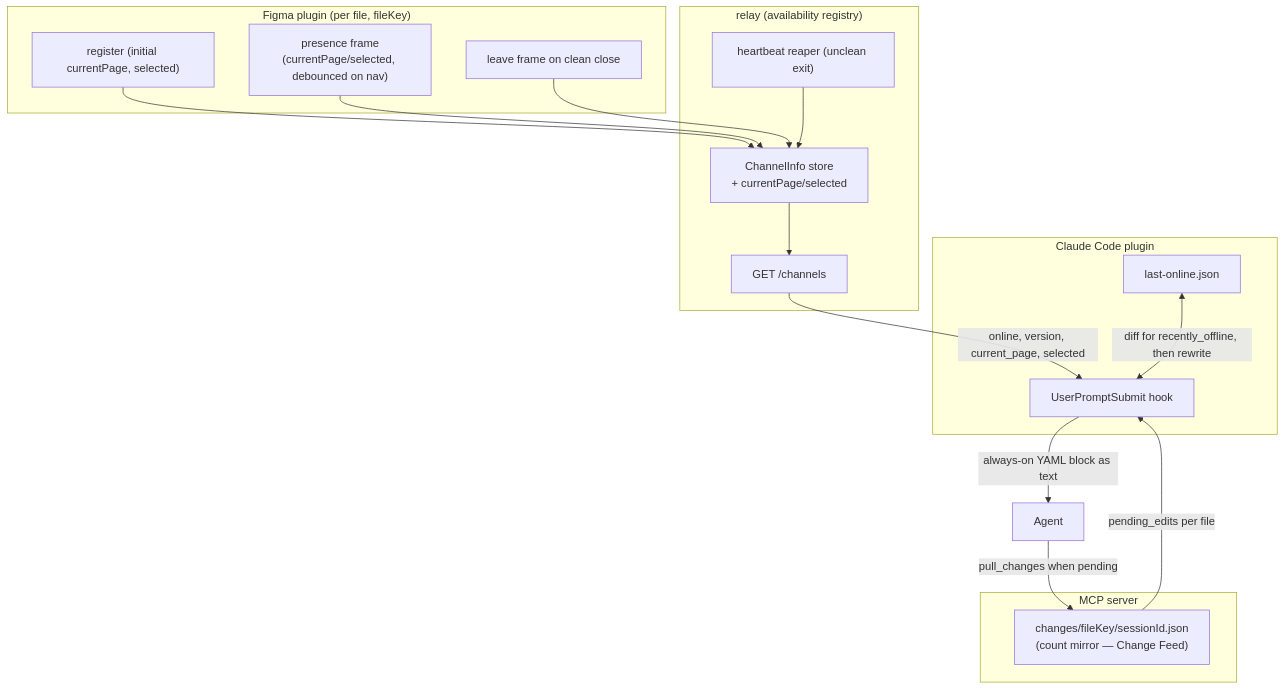
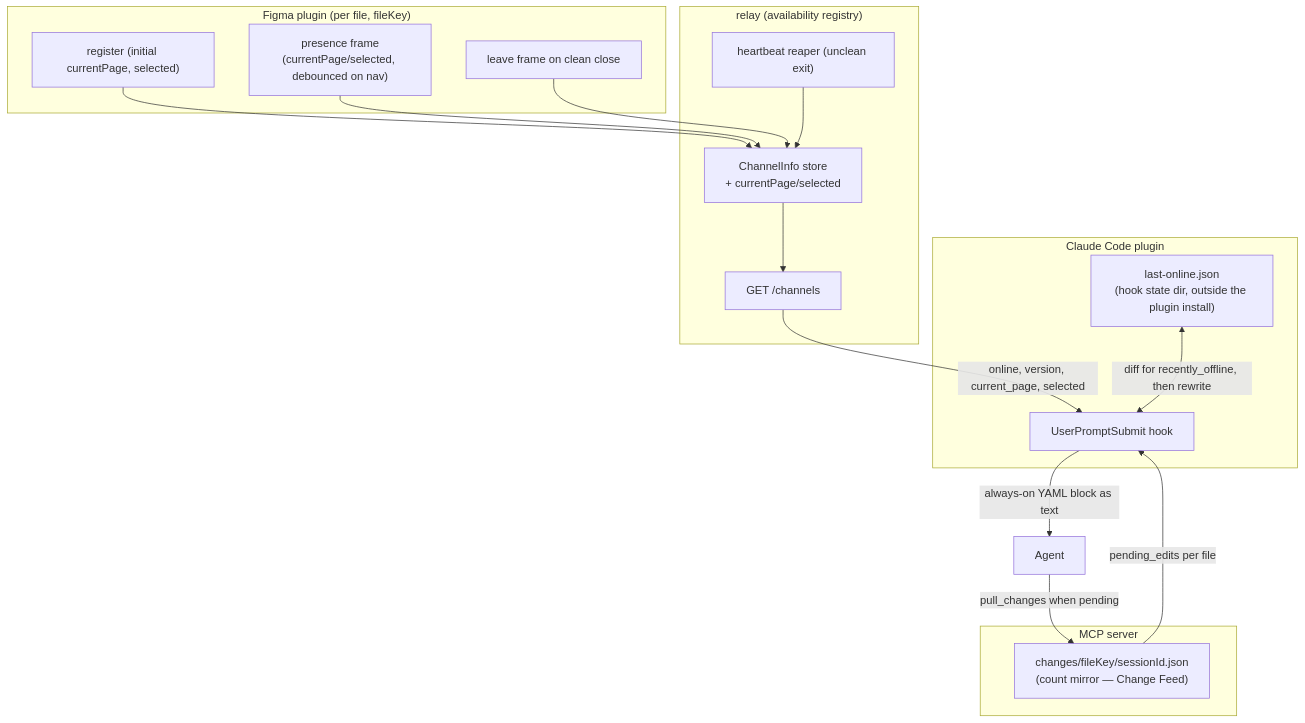
Before and after one commit to yleilu/figma-agent-bridge: the diagram in docs/specs/plugin-presence.md, drawn with Mermaid. The commit also changed other lines of this file and 41 other files, not shown here.

````diff
--- a/docs/specs/plugin-presence.md
+++ b/docs/specs/plugin-presence.md
@@ -252,30 +259,30 @@
 ```mermaid
 flowchart TB
     subgraph Plugin["Figma plugin (per file, fileKey)"]
         RG["register (initial currentPage, selected)"]
         PR["presence frame\n(currentPage/selected, debounced on nav)"]
         LV["leave frame on clean close"]
     end
     subgraph Relay["relay (availability registry)"]
         REG["ChannelInfo store\n+ currentPage/selected"]
         HB["heartbeat reaper (unclean exit)"]
         CH["GET /channels"]
     end
     subgraph Server["MCP server"]
         CF["changes/fileKey/sessionId.json\n(count mirror — Change Feed)"]
     end
     subgraph CC["Claude Code plugin"]
         HK["UserPromptSubmit hook"]
-        LO["last-online.json"]
+        LO["last-online.json\n(hook state dir, outside the plugin install)"]
     end
     RG --> REG
     PR --> REG
     LV --> REG
     HB --> REG
     REG --> CH
     CH -->|online, version, current_page, selected| HK
     CF -->|pending_edits per file| HK
     LO <-->|diff for recently_offline, then rewrite| HK
     HK -->|always-on YAML block as text| Agent
     Agent -->|pull_changes when pending| CF
 ```
````
